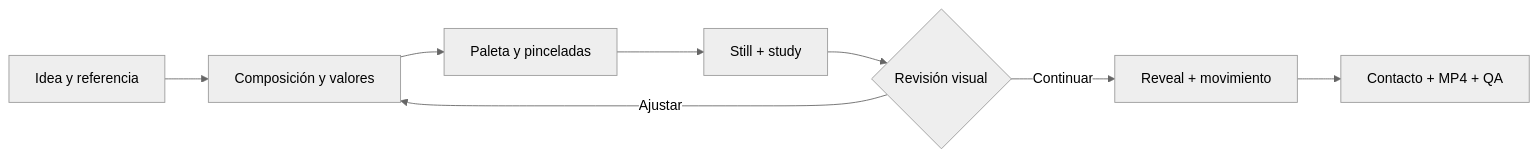
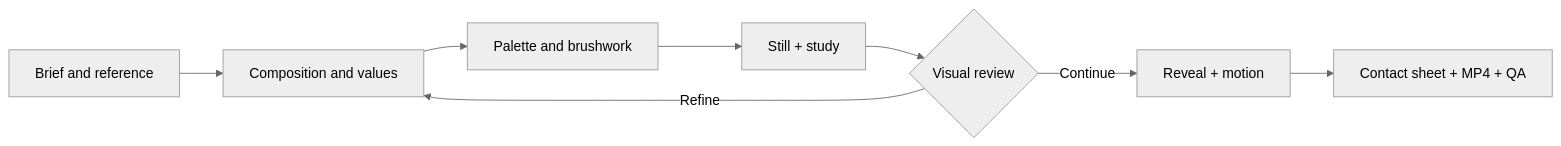
Before and after one commit to ninjasweb/painter-skill: the diagram in README.md, drawn with Mermaid (neutral theme). The commit also changed other lines of this file and 2 other files, not shown here.

Commit message:
docs: translate README, media provenance and review to English

````diff
--- a/README.md
+++ b/README.md
@@ -51,10 +48,10 @@
 ```mermaid
 flowchart LR
-  A[Idea y referencia] --> B[Composición y valores]
-  B --> C[Paleta y pinceladas]
+  A[Brief and reference] --> B[Composition and values]
+  B --> C[Palette and brushwork]
   C --> D[Still + study]
-  D --> E{Revisión visual}
-  E -->|Ajustar| B
-  E -->|Continuar| F[Reveal + movimiento]
-  F --> G[Contacto + MP4 + QA]
+  D --> E{Visual review}
+  E -->|Refine| B
+  E -->|Continue| F[Reveal + motion]
+  F --> G[Contact sheet + MP4 + QA]
 ```
````
